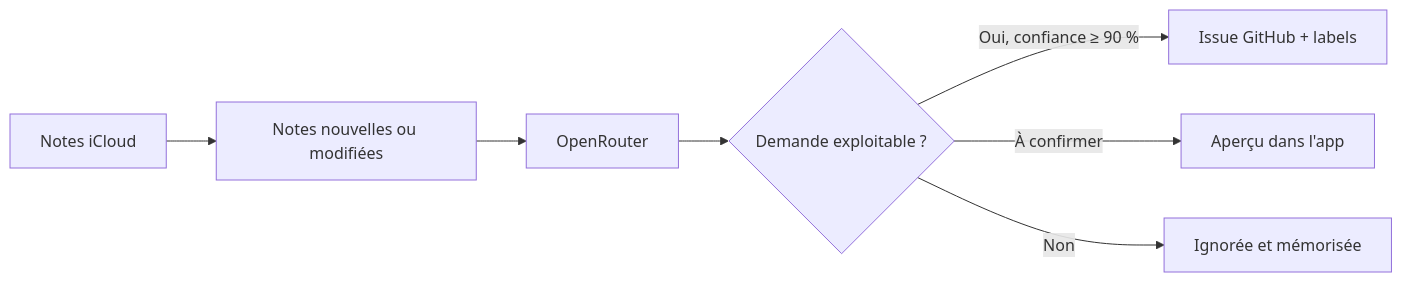
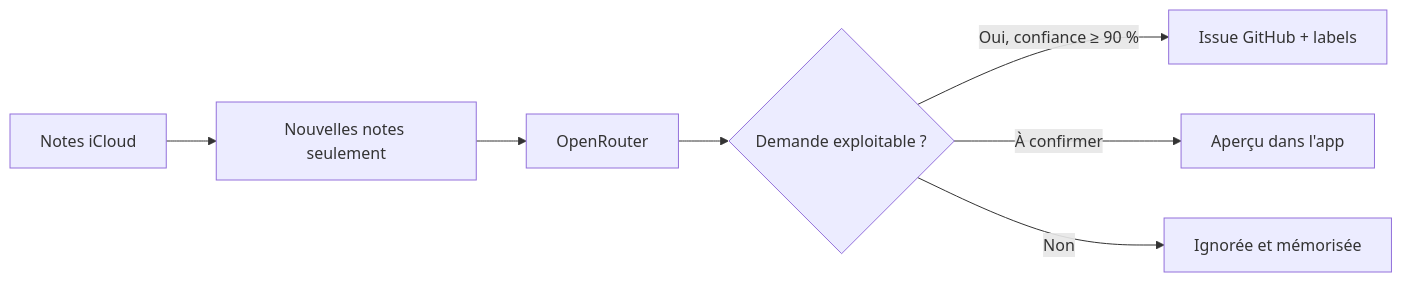
One commit to remimenguy/note-to-issue changed the diagram in README.md. Above: the diagram before and after it, drawn with Mermaid. The commit also changed other lines of this file and 9 other files, not shown here.

````diff
--- a/README.md
+++ b/README.md
@@ -13,9 +13,9 @@
 ```mermaid
 flowchart LR
-    A[Notes iCloud] --> B[Notes nouvelles ou modifiées]
+    A[Notes iCloud] --> B[Nouvelles notes seulement]
     B --> C[OpenRouter]
     C --> D{Demande exploitable ?}
     D -->|Oui, confiance ≥ 90 %| E[Issue GitHub + labels]
     D -->|À confirmer| F[Aperçu dans l'app]
     D -->|Non| G[Ignorée et mémorisée]
 ```
````
